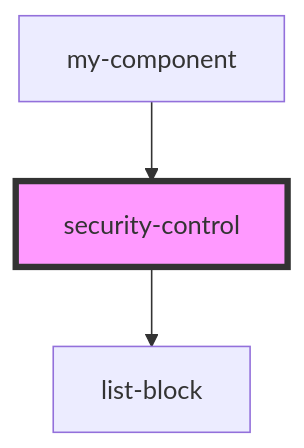
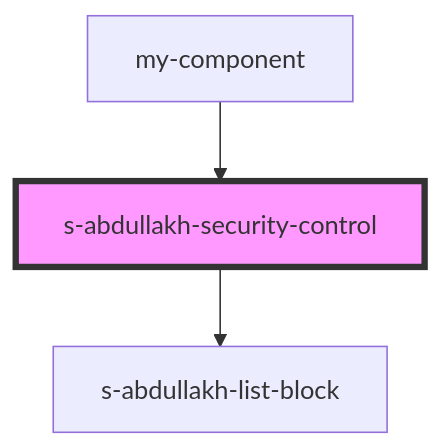
The diagram in src/components/res/view/s-abdullakh-security-control/readme.md (Wokh-Dada/companycards), drawn with Mermaid before and after one commit. The commit also changed other lines of this file and 28 other files, not shown here.

````diff
--- a/src/components/res/view/s-abdullakh-security-control/readme.md
+++ b/src/components/res/view/s-abdullakh-security-control/readme.md
@@ -19,6 +34,6 @@
 ```mermaid
 graph TD;
-  security-control --> list-block
-  my-component --> security-control
-  style security-control fill:#f9f,stroke:#333,stroke-width:4px
+  s-abdullakh-security-control --> s-abdullakh-list-block
+  my-component --> s-abdullakh-security-control
+  style s-abdullakh-security-control fill:#f9f,stroke:#333,stroke-width:4px
 ```
````
